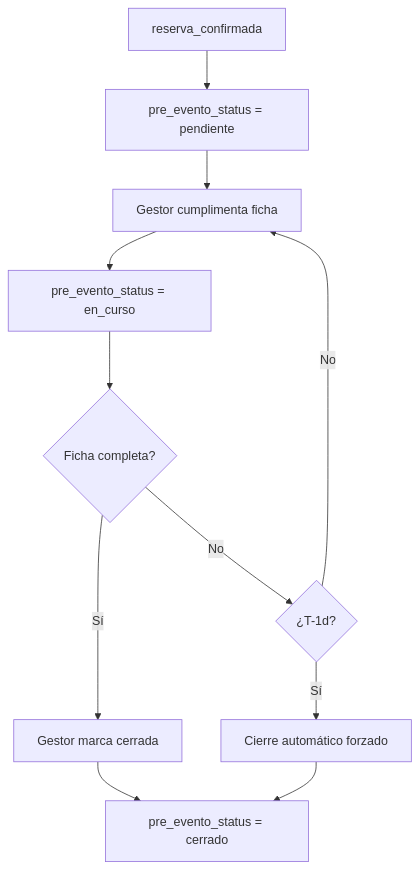
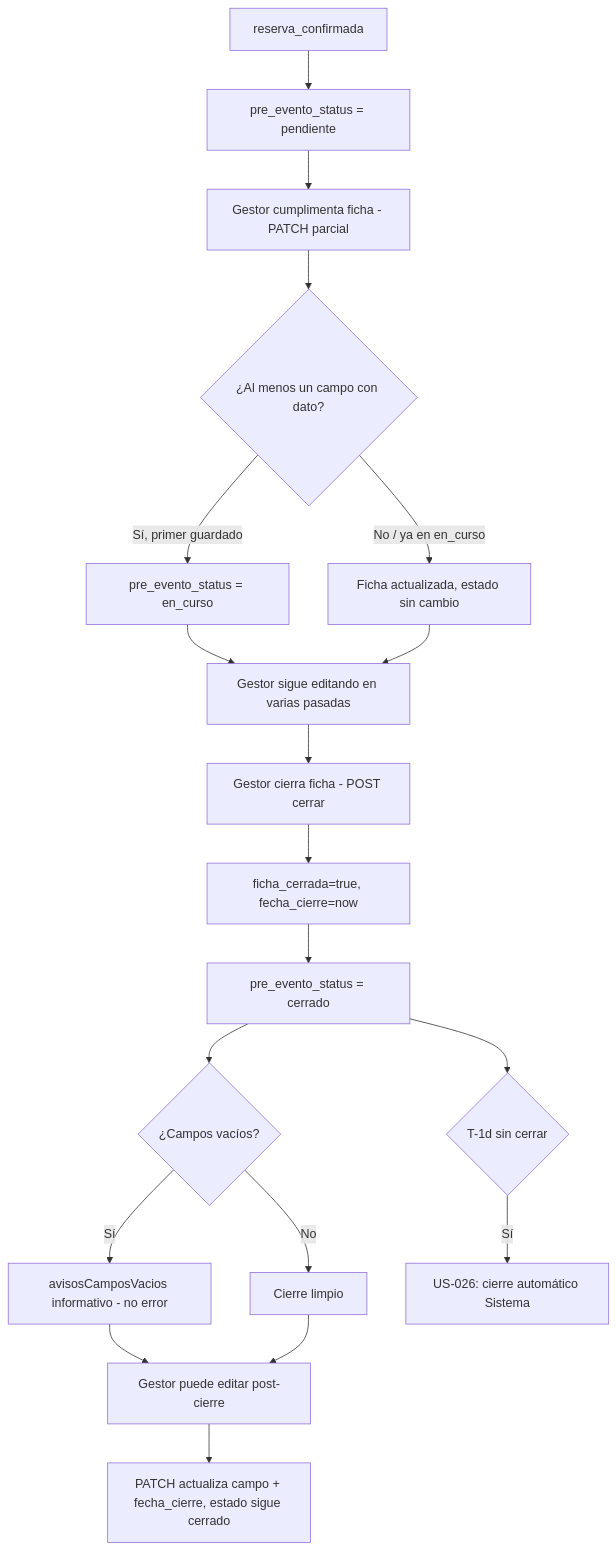
Before and after one commit to rvila89/slotify: diagram 14 of 19 in docs/use-cases.md, drawn with Mermaid. The commit also changed other lines of this file and 49 other files, not shown here.

First line of the commit message:
feat(ficha-evento): US-025 cumplimentar y cerrar la ficha operativa del evento

````diff
--- a/docs/use-cases.md
+++ b/docs/use-cases.md
@@ -1163,13 +1171,21 @@
 ```mermaid
 flowchart TD
     A[reserva_confirmada] --> B[pre_evento_status = pendiente]
-    B --> C[Gestor cumplimenta ficha]
-    C --> D[pre_evento_status = en_curso]
-    D --> E{Ficha completa?}
-    E -->|Sí| F[Gestor marca cerrada]
-    E -->|No| G{¿T-1d?}
-    G -->|Sí| H[Cierre automático forzado]
-    G -->|No| C
-    F --> I[pre_evento_status = cerrado]
-    H --> I
+    B --> C[Gestor cumplimenta ficha - PATCH parcial]
+    C --> D{¿Al menos un campo con dato?}
+    D -->|Sí, primer guardado| E[pre_evento_status = en_curso]
+    D -->|No / ya en en_curso| F[Ficha actualizada, estado sin cambio]
+    E --> G[Gestor sigue editando en varias pasadas]
+    F --> G
+    G --> H[Gestor cierra ficha - POST cerrar]
+    H --> I[ficha_cerrada=true, fecha_cierre=now]
+    I --> J[pre_evento_status = cerrado]
+    J --> K{¿Campos vacíos?}
+    K -->|Sí| L[avisosCamposVacios informativo - no error]
+    K -->|No| M[Cierre limpio]
+    L --> N[Gestor puede editar post-cierre]
+    M --> N
+    N --> O[PATCH actualiza campo + fecha_cierre, estado sigue cerrado]
+    J --> P{T-1d sin cerrar}
+    P -->|Sí| Q[US-026: cierre automático Sistema]
 ```
````
